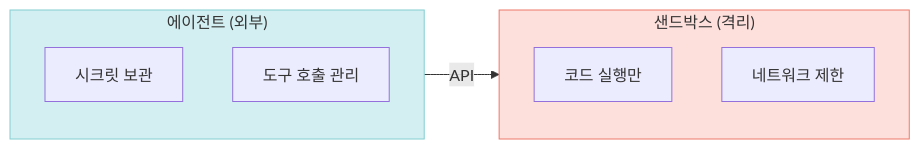
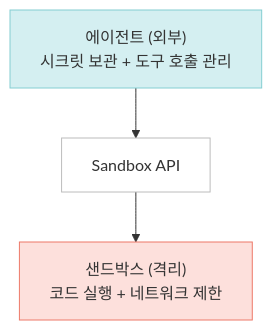
One commit to Jae-hoya/langchain-langgraph-deepagents-notebooks changed the diagram in book/assets/diagrams/sandbox_architecture.mmd. Above: the diagram before and after it, drawn with Mermaid. The commit also changed 12 other files, not shown here.

Commit message:
style(book): 전 페이지 점검 후 다이어그램 가독성 보완

```diff
--- a/book/assets/diagrams/sandbox_architecture.mmd
+++ b/book/assets/diagrams/sandbox_architecture.mmd
@@ -1,14 +1,10 @@
-graph LR
-    subgraph External["에이전트 (외부)"]
-        A["시크릿 보관"]
-        B["도구 호출 관리"]
-    end
-    subgraph Sandbox["샌드박스 (격리)"]
-        C["코드 실행만"]
-        D["네트워크 제한"]
-    end
+graph TD
+    HOST["에이전트 (외부)<br/>시크릿 보관 + 도구 호출 관리"]
+    API["Sandbox API"]
+    SB["샌드박스 (격리)<br/>코드 실행 + 네트워크 제한"]
 
-    External -->|"API"| Sandbox
+    HOST --> API --> SB
 
-    style External fill:#d4eff1,stroke:#83ced2,color:#333
-    style Sandbox fill:#fde0dc,stroke:#ed7969,color:#333
+    style HOST fill:#d4eff1,stroke:#83ced2,color:#333
+    style API fill:#ffffff,stroke:#bcbcbc,color:#333
+    style SB fill:#fde0dc,stroke:#ed7969,color:#333
```
